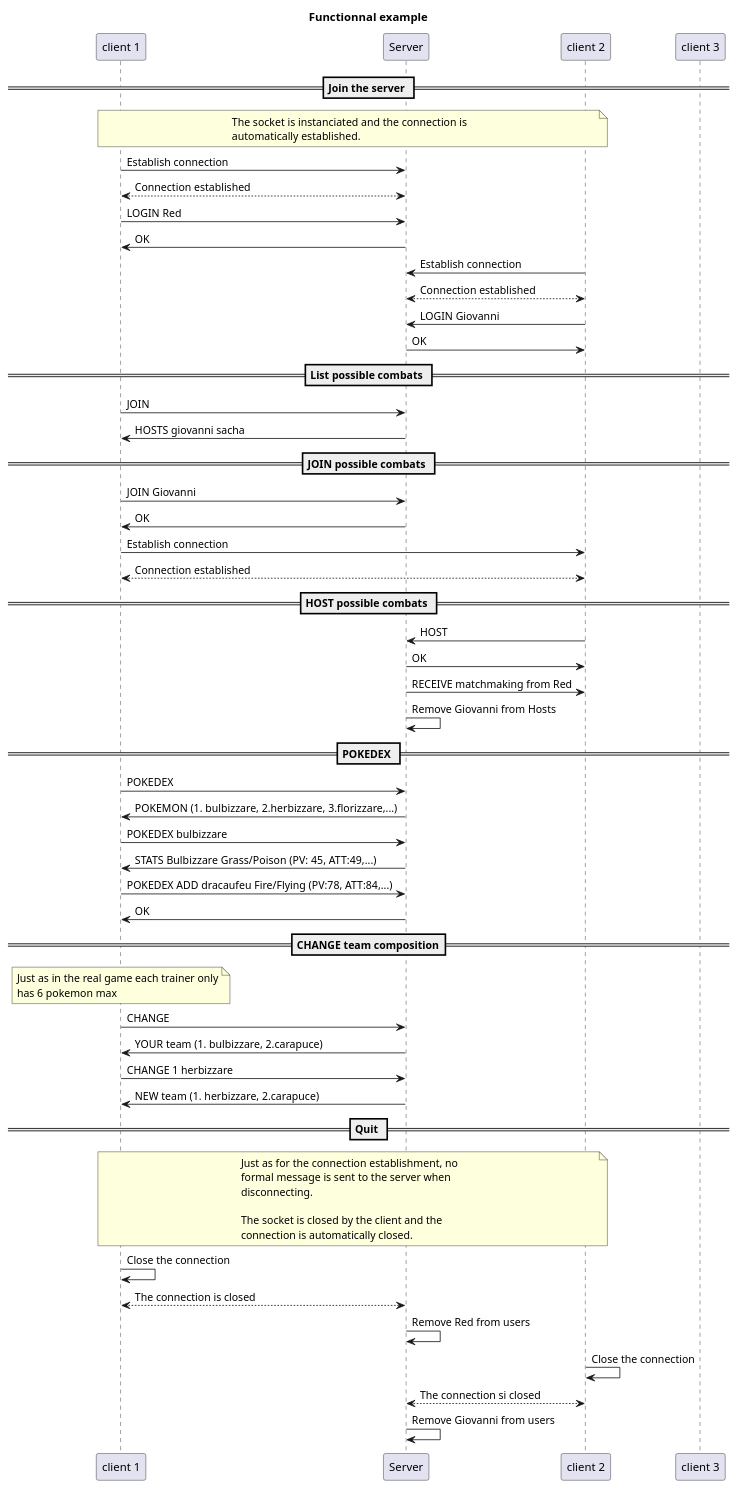
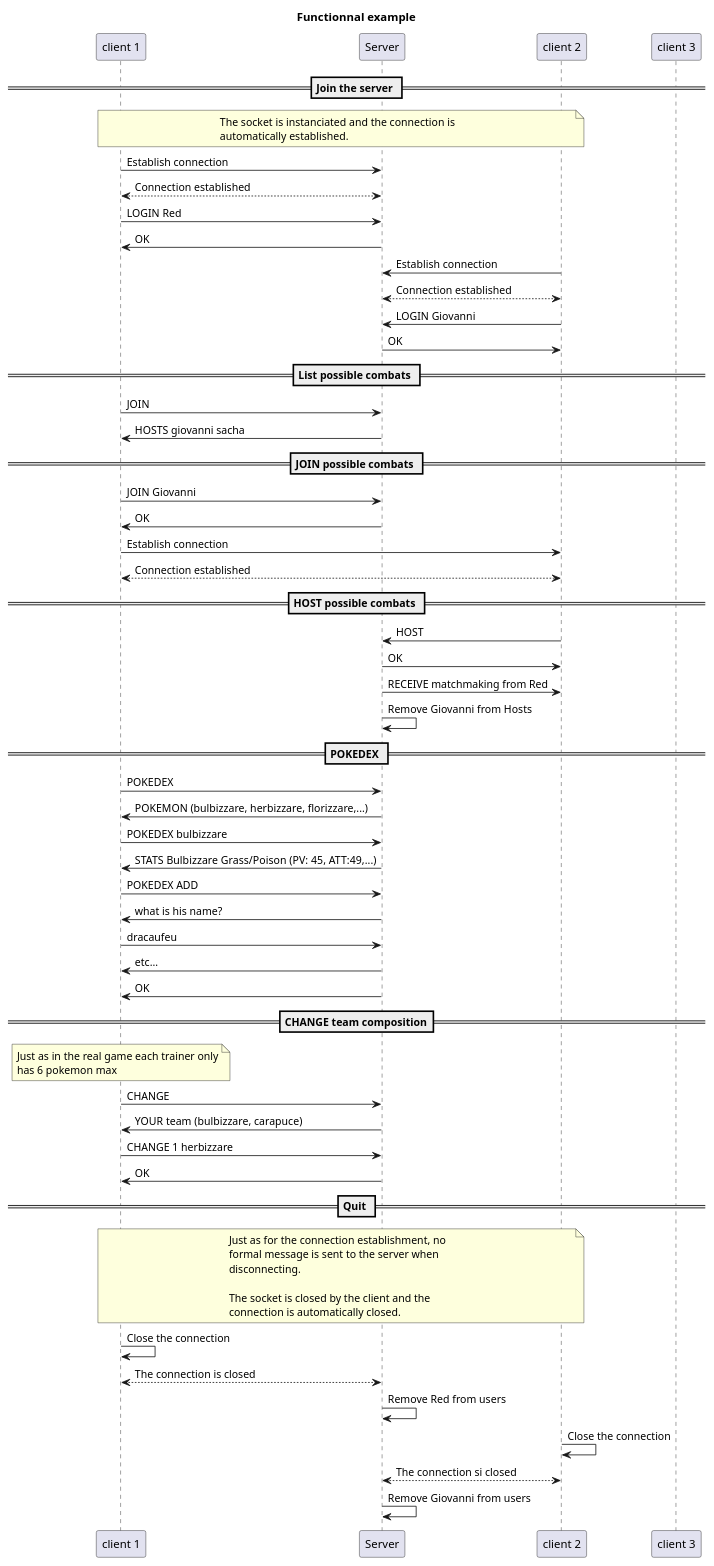
One commit to Dansnts/DAI-Labo02 changed the diagram in PocketMonster/Protocole/functionnal-example.plantuml. Above: the diagram before and after it, drawn with PlantUML. The commit also changed 6 other files, not shown here.

```diff
--- a/PocketMonster/Protocole/functionnal-example.plantuml
+++ b/PocketMonster/Protocole/functionnal-example.plantuml
@@ -1,89 +1,92 @@
 @startuml functional-example
 
 title "Functionnal example"
 
 participant "client 1" as c1
 participant "Server" as s
 participant "client 2" as giovanni
 participant "client 3" as sacha
 
 == Join the server ==
 
 note over c1,giovanni
 The socket is instanciated and the connection is
 automatically established.
 end note
 
 c1->s : Establish connection
 c1<-->s : Connection established
 
 c1->s: LOGIN Red
 s->c1: OK
 
 giovanni->s: Establish connection
 s<-->giovanni: Connection established
 
 giovanni->s: LOGIN Giovanni
 s->giovanni: OK
 
 == List possible combats ==
 
 c1->s: JOIN
 s->c1: HOSTS giovanni sacha
 
 == JOIN possible combats ==
 
 c1->s: JOIN Giovanni
 s->c1: OK
 
 c1->giovanni: Establish connection
 c1<-->giovanni: Connection established
 
 == HOST possible combats ==
 
 giovanni->s: HOST
 s->giovanni: OK
 s->giovanni: RECEIVE matchmaking from Red
 s->s: Remove Giovanni from Hosts
 
 == POKEDEX ==
 
 c1->s: POKEDEX
-s->c1: POKEMON (1. bulbizzare, 2.herbizzare, 3.florizzare,...)
+s->c1: POKEMON (bulbizzare, herbizzare, florizzare,...)
 c1->s: POKEDEX bulbizzare
 s->c1: STATS Bulbizzare Grass/Poison (PV: 45, ATT:49,...)
 
-c1->s: POKEDEX ADD dracaufeu Fire/Flying (PV:78, ATT:84,...)
+c1->s: POKEDEX ADD
+s->c1: what is his name?
+c1->s: dracaufeu
+s->c1: etc...
 s->c1: OK
 
 == CHANGE team composition==
 note over c1
 Just as in the real game each trainer only
 has 6 pokemon max
 end note
 
 c1->s: CHANGE
-s->c1: YOUR team (1. bulbizzare, 2.carapuce)
+s->c1: YOUR team (bulbizzare, carapuce)
 c1->s: CHANGE 1 herbizzare
-s->c1: NEW team (1. herbizzare, 2.carapuce)
+s->c1: OK
 
 == Quit ==
 
 note over c1,giovanni
 Just as for the connection establishment, no
 formal message is sent to the server when
 disconnecting.
 
 The socket is closed by the client and the
 connection is automatically closed.
 end note
 
 c1->c1: Close the connection
 c1<-->s: The connection is closed
 s->s: Remove Red from users
 
 giovanni->giovanni: Close the connection
 giovanni<-->s: The connection si closed
 s->s: Remove Giovanni from users
 
 @enduml
```
